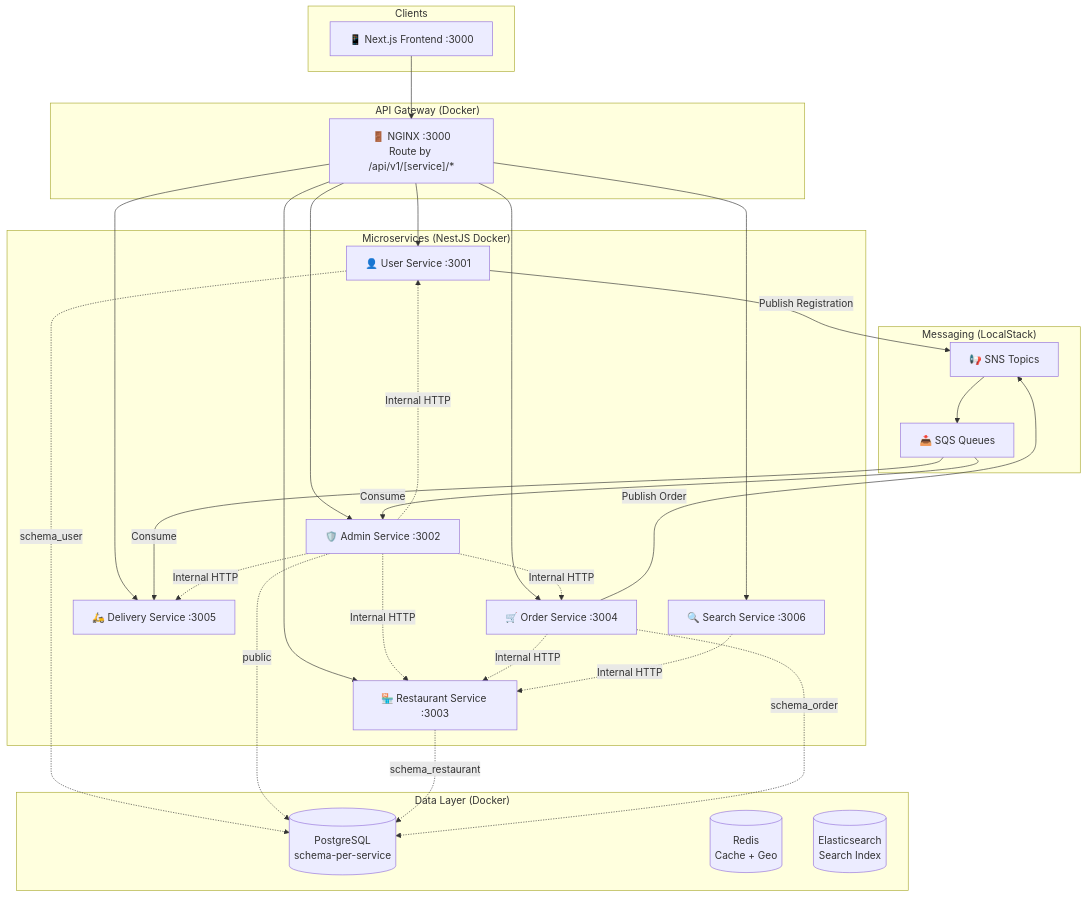
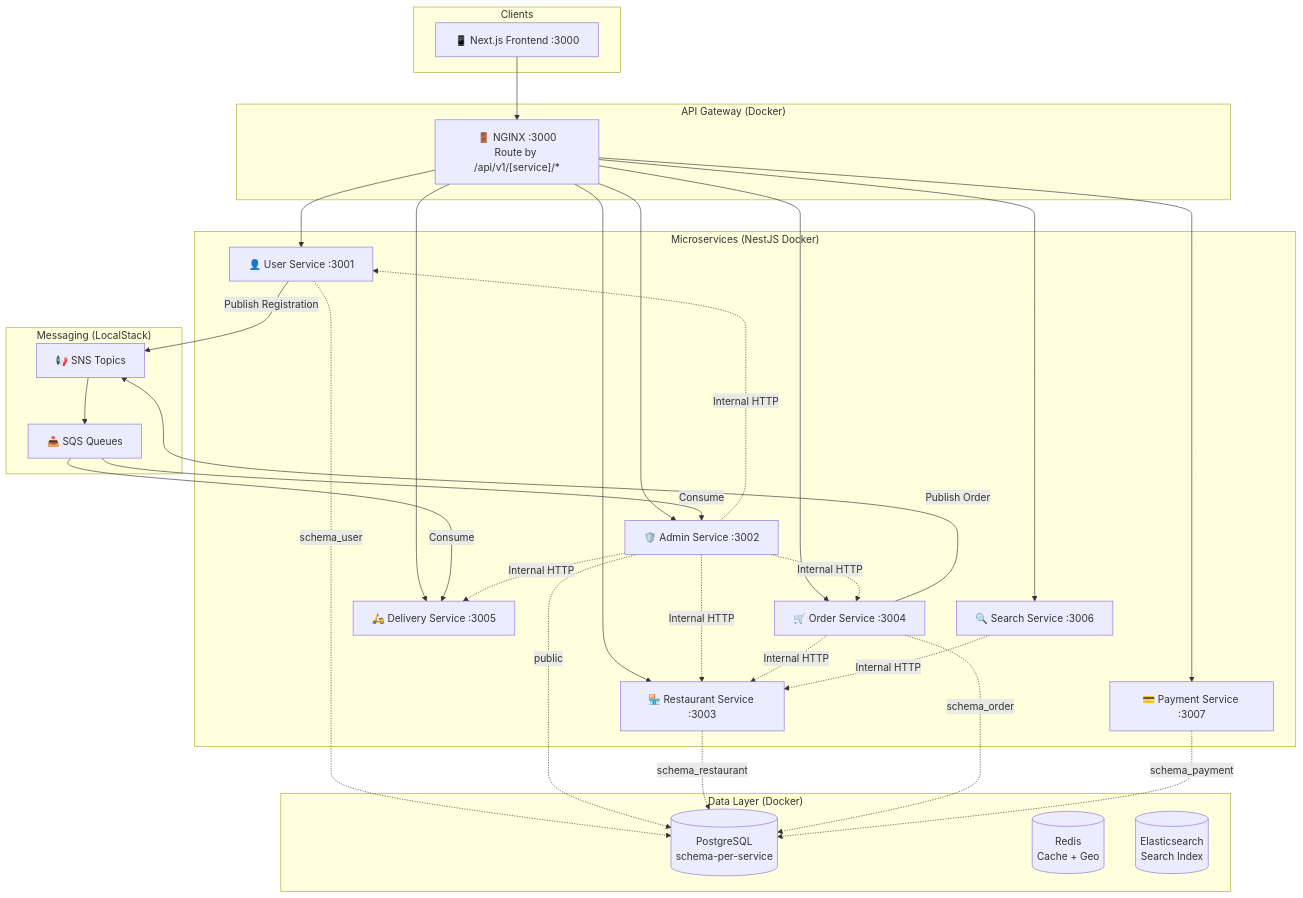
One commit to DuyBinh2003/FoodDelivery changed the diagram in README.md. Above: the diagram before and after it, drawn with Mermaid. The commit also changed other lines of this file and 37 other files, not shown here.

Commit message:
feat: implement payment-service with ledger and wallet modules

````diff
--- a/README.md
+++ b/README.md
@@ -16,46 +16,48 @@
 ```mermaid
 graph TD
     subgraph "Clients"
         FE["📱 Next.js Frontend :3000"]
     end
 
     subgraph "API Gateway (Docker)"
         GW["🚪 NGINX :3000\nRoute by /api/v1/[service]/*"]
     end
 
     subgraph "Microservices (NestJS Docker)"
         US["👤 User Service :3001"]
         AS["🛡️ Admin Service :3002"]
         RS["🏪 Restaurant Service :3003"]
         OS["🛒 Order Service :3004"]
         DS["🛵 Delivery Service :3005"]
         SS["🔍 Search Service :3006"]
+        PS["💳 Payment Service :3007"]
     end
 
     subgraph "Messaging (LocalStack)"
         SNS["📢 SNS Topics"]
         SQS["📥 SQS Queues"]
     end
 
     subgraph "Data Layer (Docker)"
         DB[("PostgreSQL\nschema-per-service")]
         Redis[("Redis\nCache + Geo")]
         ES[("Elasticsearch\nSearch Index")]
     end
 
     FE --> GW
-    GW --> US & AS & RS & OS & DS & SS
+    GW --> US & AS & RS & OS & DS & SS & PS
 
     US -.->|"schema_user"| DB
     AS -.->|"public"| DB
     RS -.->|"schema_restaurant"| DB
     OS -.->|"schema_order"| DB
+    PS -.->|"schema_payment"| DB
 
     US -->|"Publish Registration"| SNS --> SQS
     OS -->|"Publish Order"| SNS
     SQS -->|"Consume"| AS & DS
     
     AS -.->|"Internal HTTP"| US & RS & OS & DS
     OS -.->|"Internal HTTP"| RS
     SS -.->|"Internal HTTP"| RS
 ```
````
